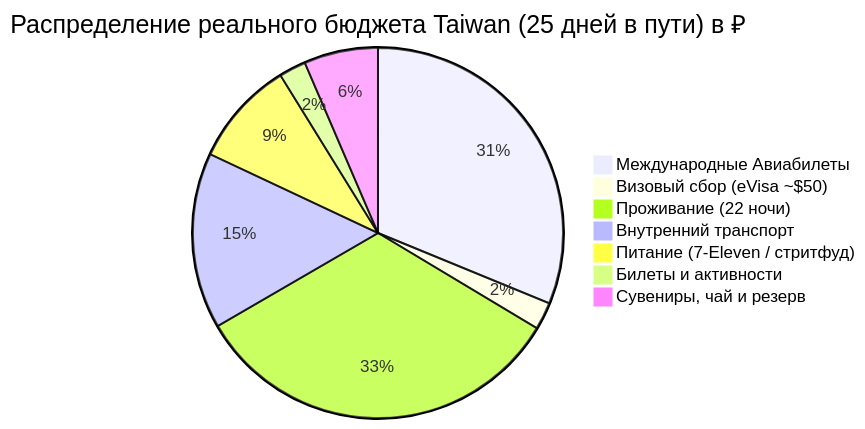
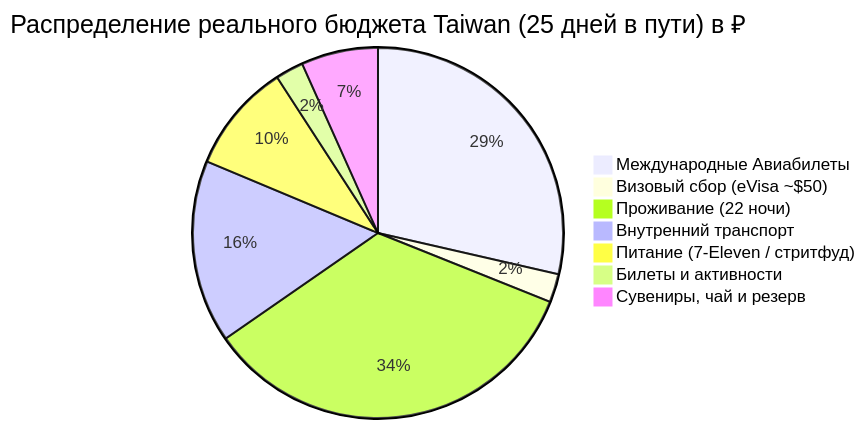
The diagram in Personal Note/Travel/-- Taiwan/04 - Финансы/Финансы.md (injurka/obsidian-mark), drawn with Mermaid before and after one commit. The commit also changed other lines of this file and 168 other files, not shown here.

````diff
--- a/Personal Note/Travel/-- Taiwan/04 - Финансы/Финансы.md
+++ b/Personal Note/Travel/-- Taiwan/04 - Финансы/Финансы.md
@@ -12,10 +12,10 @@
 ```mermaid
 pie title Распределение реального бюджета Taiwan (25 дней в пути) в ₽
-    "Международные Авиабилеты" : 62793
+    "Международные Авиабилеты" : 55412
     "Визовый сбор (eVisa ~$50)" : 4800
     "Проживание (22 ночи)" : 66479
     "Внутренний транспорт" : 30925
     "Питание (7-Eleven / стритфуд)" : 18500
     "Билеты и активности" : 4740
     "Сувениры, чай и резерв" : 13000
 ```
````
